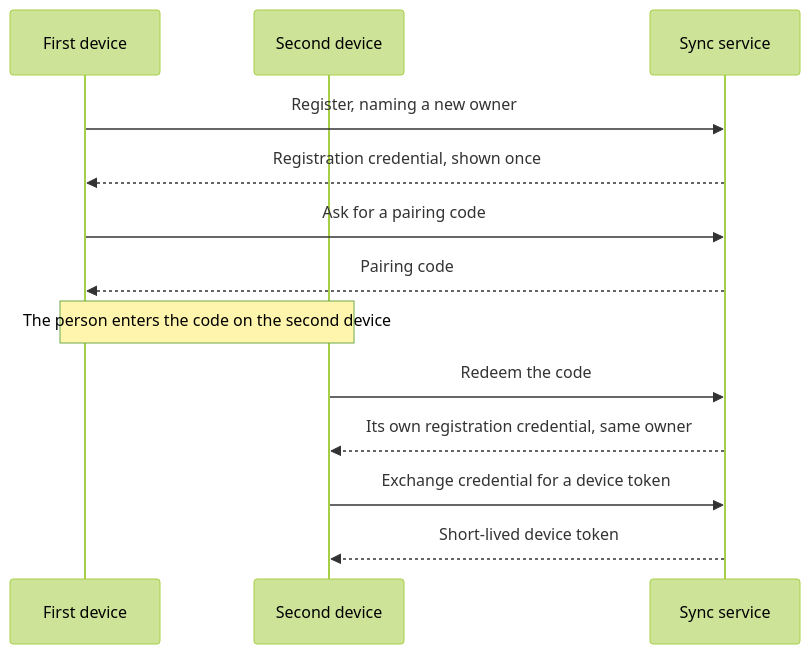
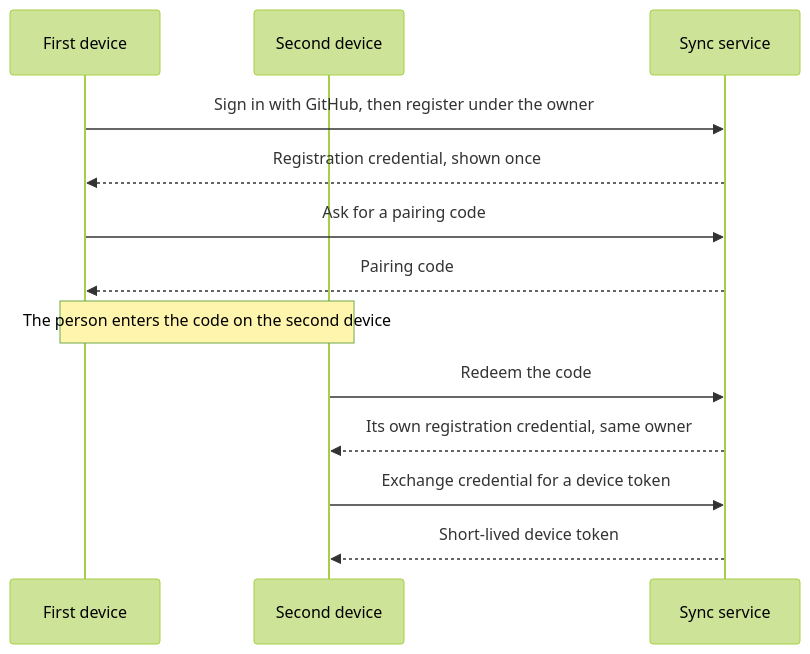
One commit to JSdotNet/Backlog changed the diagram in .devbook/domain/sync/features.md. Above: the diagram before and after it, drawn with Mermaid (forest theme). The commit also changed other lines of this file and 22 other files, not shown here.

````diff
--- a/.devbook/domain/sync/features.md
+++ b/.devbook/domain/sync/features.md
@@ -15,15 +15,15 @@
 ```mermaid
 sequenceDiagram
     participant First as First device
     participant Second as Second device
     participant Sync as Sync service
-    First->>Sync: Register, naming a new owner
+    First->>Sync: Sign in with GitHub, then register under the owner
     Sync-->>First: Registration credential, shown once
     First->>Sync: Ask for a pairing code
     Sync-->>First: Pairing code
     Note over First,Second: The person enters the code on the second device
     Second->>Sync: Redeem the code
     Sync-->>Second: Its own registration credential, same owner
     Second->>Sync: Exchange credential for a device token
     Sync-->>Second: Short-lived device token
 ```
````
